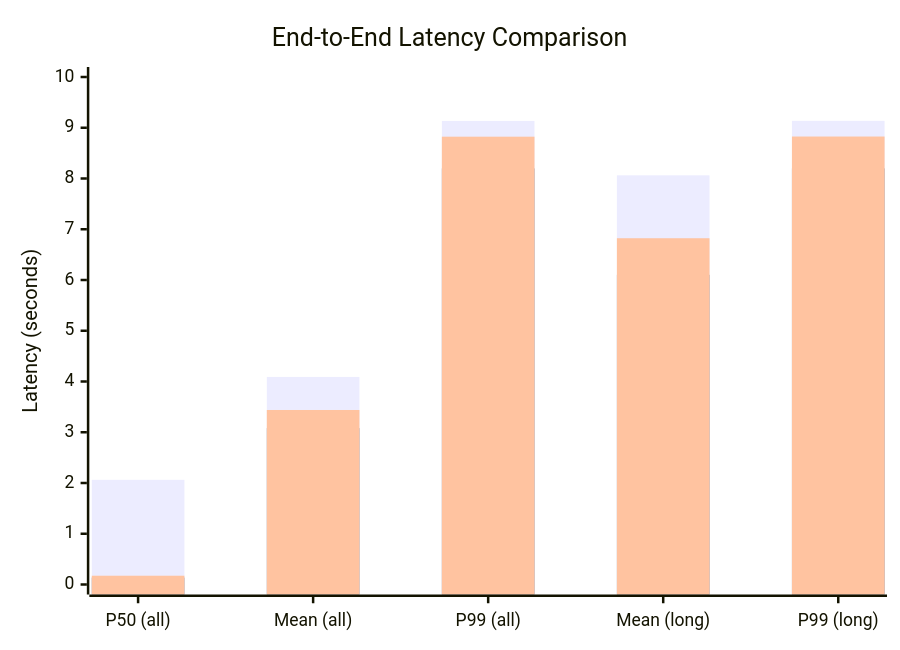
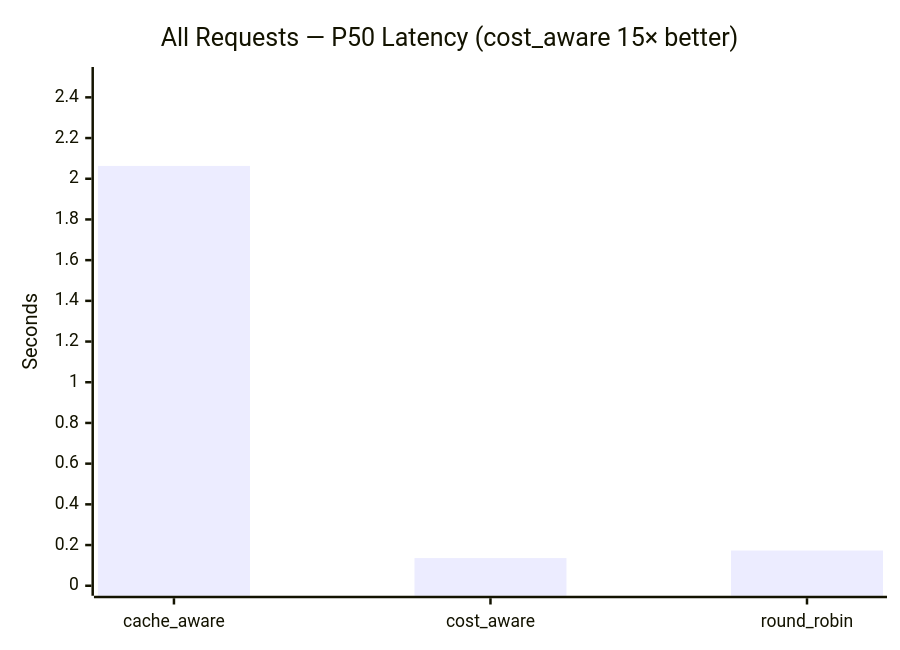
The second of 6 diagrams in sgl-model-gateway/docs/cost-aware-extreme-scenario.md (yangw1234/sglang_upstream_fork), drawn with Mermaid before and after one commit. The commit also changed other lines of this file, not shown here.

````diff
--- a/sgl-model-gateway/docs/cost-aware-extreme-scenario.md
+++ b/sgl-model-gateway/docs/cost-aware-extreme-scenario.md
@@ -280,9 +290,7 @@
 ```mermaid
 xychart-beta
-    title "End-to-End Latency Comparison"
-    x-axis ["P50 (all)", "Mean (all)", "P99 (all)", "Mean (long)", "P99 (long)"]
-    y-axis "Latency (seconds)" 0 --> 10
-    bar [2.063, 4.090, 9.134, 8.062, 9.136]
-    bar [0.136, 3.082, 8.199, 6.102, 8.200]
-    bar [0.173, 3.439, 8.824, 6.823, 8.827]
+    title "All Requests — P50 Latency (cost_aware 15× better)"
+    x-axis ["cache_aware", "cost_aware", "round_robin"]
+    y-axis "Seconds" 0 --> 2.5
+    bar [2.063, 0.136, 0.173]
 ```
````
